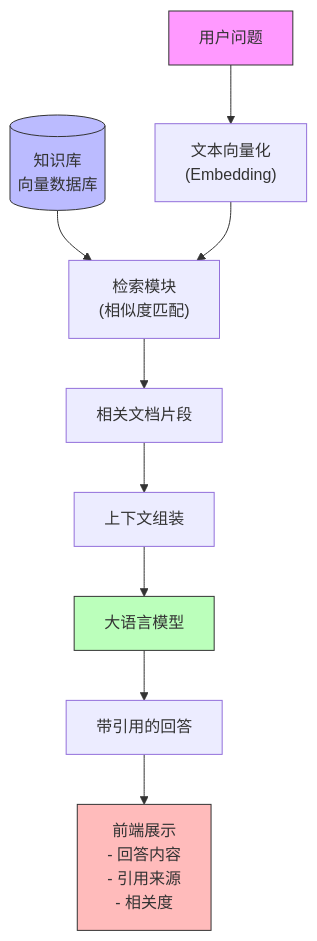
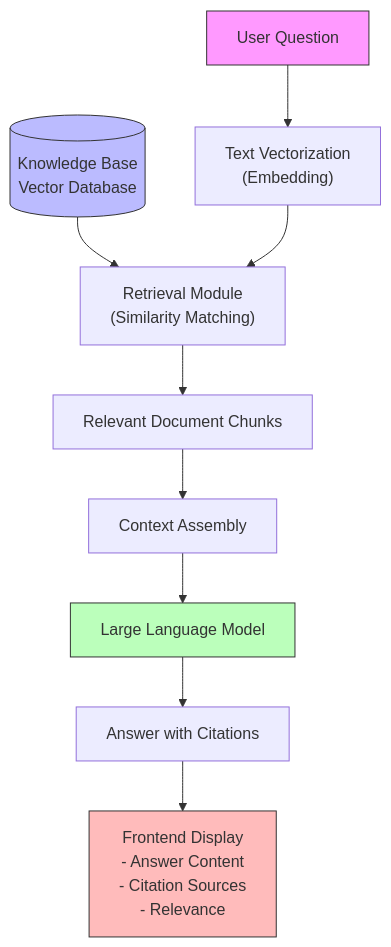
Before and after one commit to rag-web-ui/rag-web-ui: the third of 6 diagrams in docs/tutorial/README.md, drawn with Mermaid. The commit also changed other lines of this file and 1 other file, not shown here.

````diff
--- a/docs/tutorial/README.md
+++ b/docs/tutorial/README.md
@@ -195,16 +193,16 @@
 ```mermaid
 flowchart TD
-    User["用户问题"] --> Embedding["文本向量化\n(Embedding)"]
-    DB[(知识库\n向量数据库)] --> Retrieval
-    Embedding --> Retrieval["检索模块\n(相似度匹配)"]
-    Retrieval --> Context["相关文档片段"]
-    Context --> Assembly["上下文组装"]
-    Assembly --> LLM["大语言模型"]
-    LLM --> Answer["带引用的回答"]
-    Answer --> Frontend["前端展示\n- 回答内容\n- 引用来源\n- 相关度"]
+  User["User Question"] --> Embedding["Text Vectorization\n(Embedding)"]
+  DB[(Knowledge Base\nVector Database)] --> Retrieval
+  Embedding --> Retrieval["Retrieval Module\n(Similarity Matching)"]
+  Retrieval --> Context["Relevant Document Chunks"]
+  Context --> Assembly["Context Assembly"]
+  Assembly --> LLM["Large Language Model"]
+  LLM --> Answer["Answer with Citations"]
+  Answer --> Frontend["Frontend Display\n- Answer Content\n- Citation Sources\n- Relevance"]
 
-    style User fill:#f9f,stroke:#333
-    style DB fill:#bbf,stroke:#333
-    style LLM fill:#bfb,stroke:#333
-    style Frontend fill:#fbb,stroke:#333
+  style User fill:#f9f,stroke:#333
+  style DB fill:#bbf,stroke:#333
+  style LLM fill:#bfb,stroke:#333
+  style Frontend fill:#fbb,stroke:#333
 ```
````
